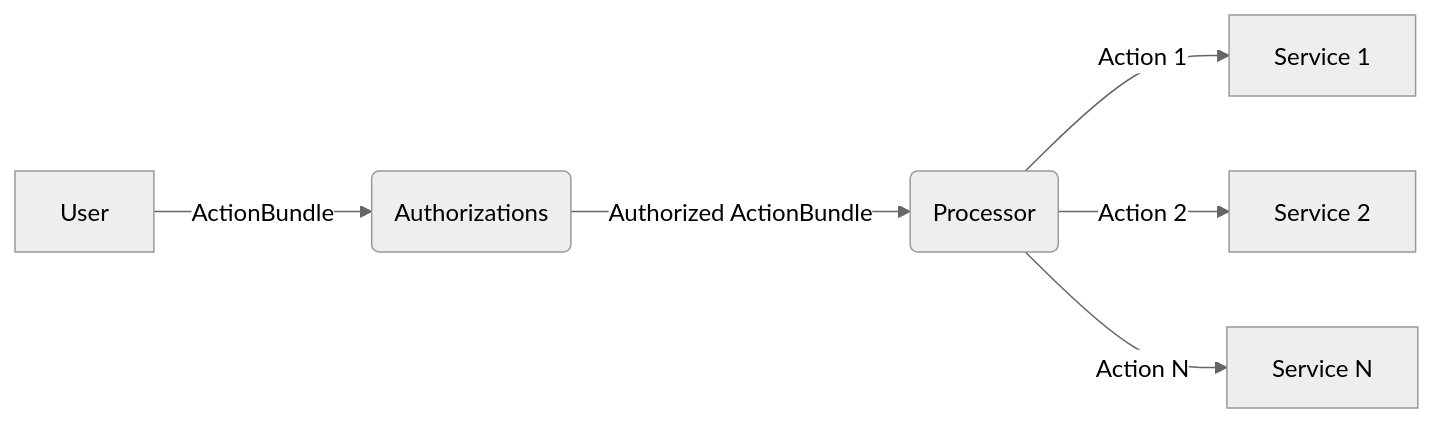
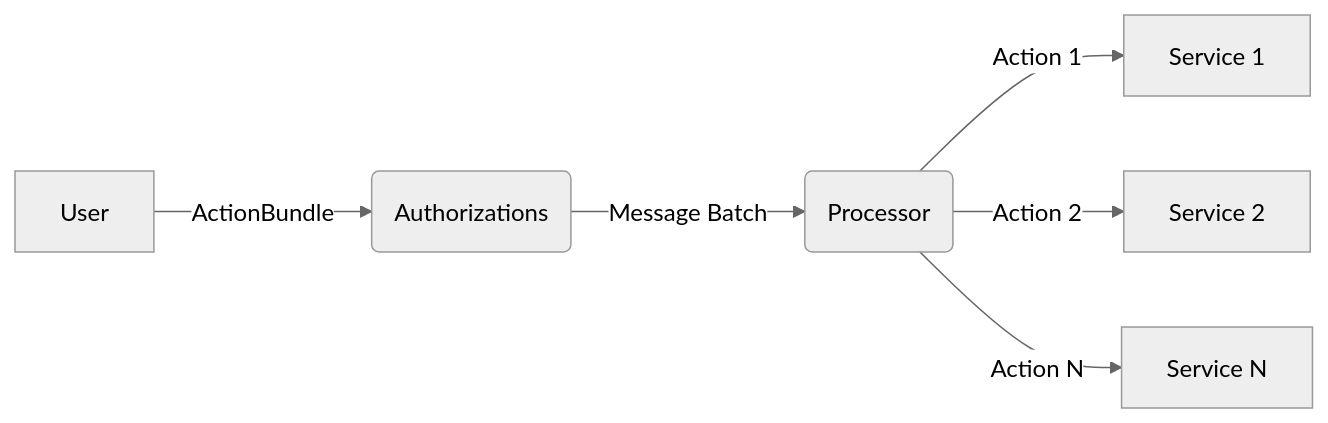
The diagram in docs/src/components/authorizations_and_execution.md (timewave-computer/valence-protocol), drawn with Mermaid (neutral theme) before and after one commit. The commit also changed other lines of this file and 13 other files, not shown here.

````diff
--- a/docs/src/components/authorizations_and_execution.md
+++ b/docs/src/components/authorizations_and_execution.md
@@ -9,8 +26,8 @@
 ```mermaid
 graph LR;
 	User --> |ActionBundle| Auth(Authorizations)
-	Auth --> |Authorized ActionBundle| P(Processor)
+	Auth --> |Message Batch| P(Processor)
 	P --> |Action 1| S1[Service 1]
 	P --> |Action 2| S2[Service 2]
 	P --> |Action N| S3[Service N]
 ```
````
